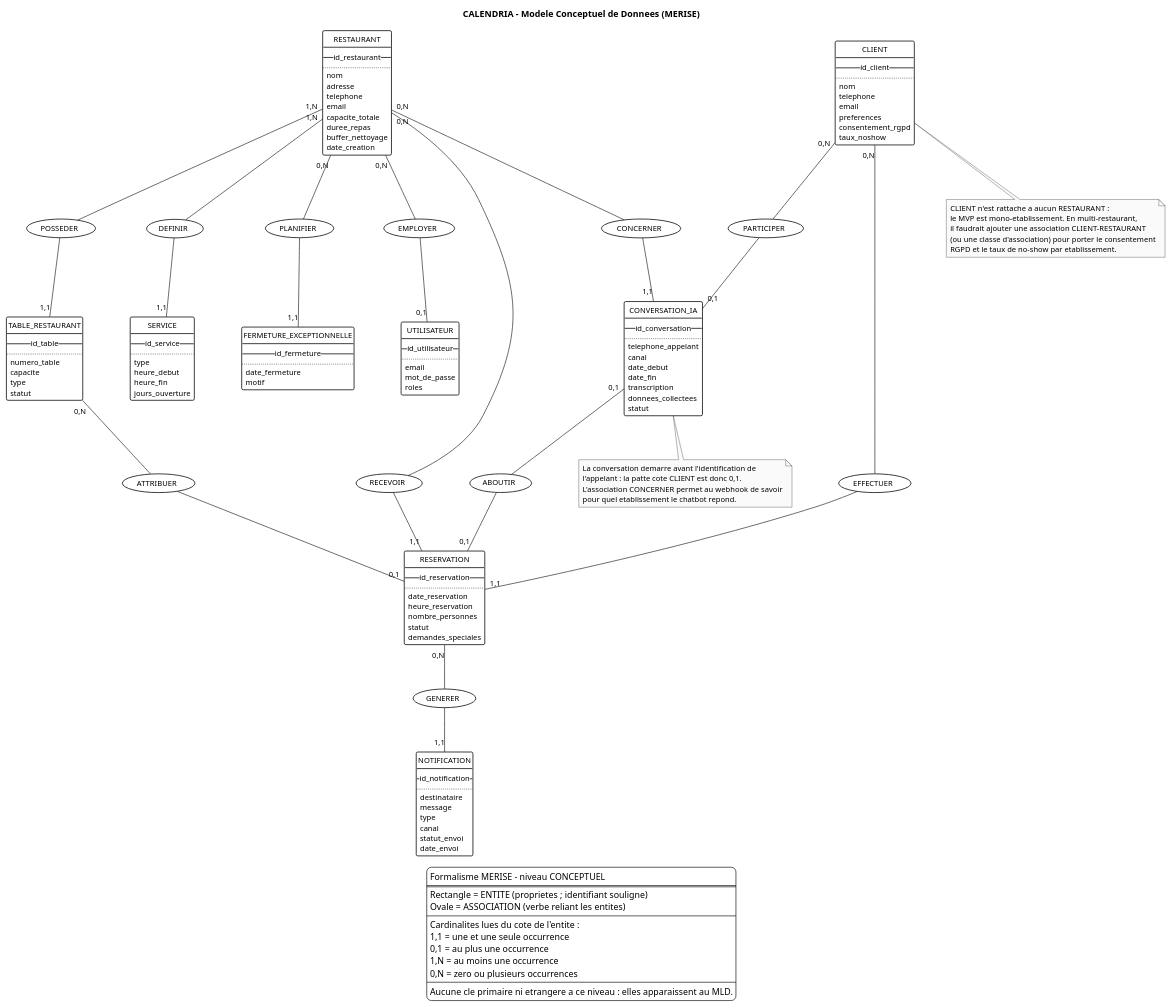
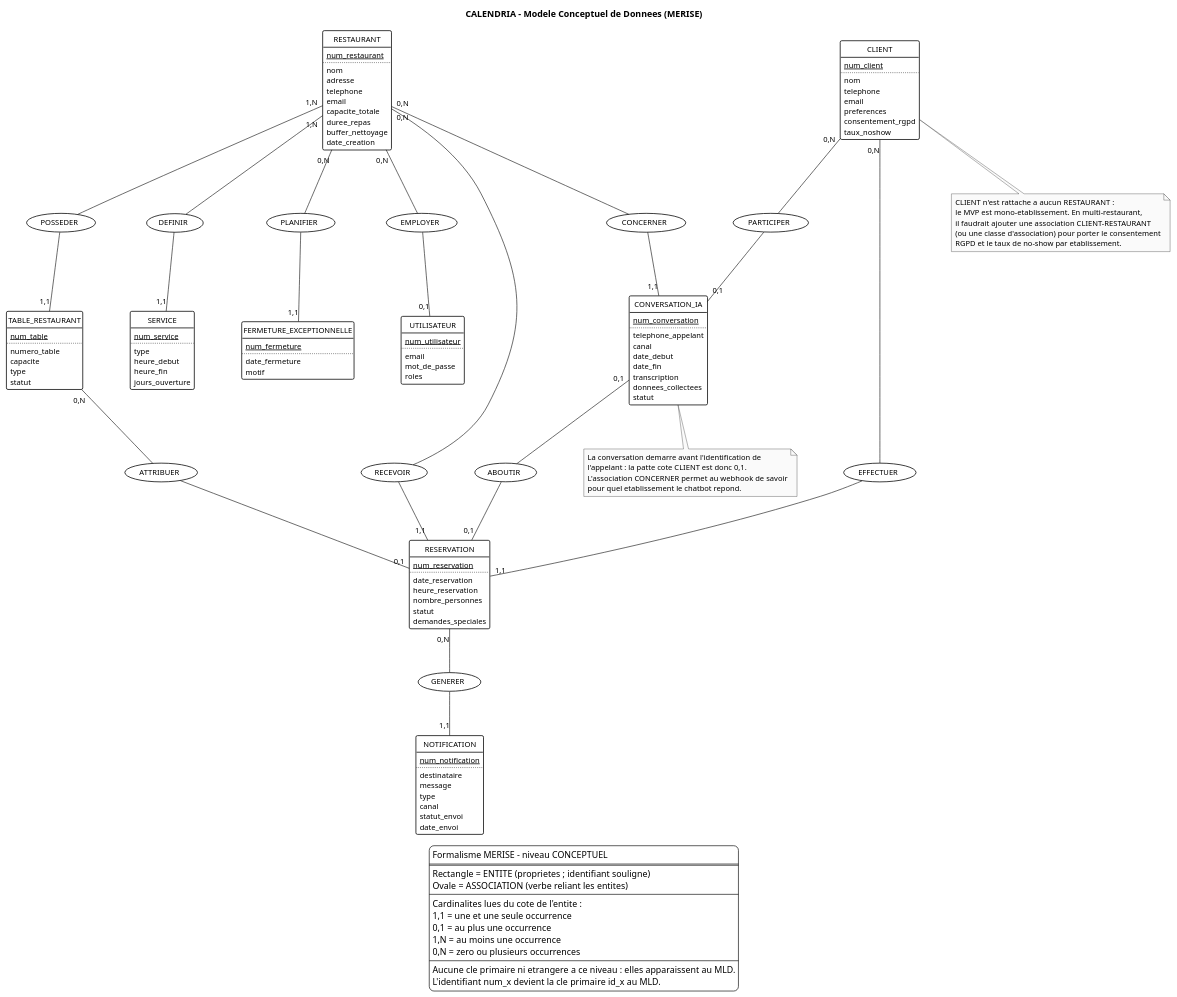
One commit to SafiBougherara/projet_fin_annee changed the diagram in documentation/Jalon3/MCD.puml. Above: the diagram before and after it, drawn with PlantUML. The commit also changed 4 other files, not shown here.

```diff
--- a/documentation/Jalon3/MCD.puml
+++ b/documentation/Jalon3/MCD.puml
@@ -5,7 +5,7 @@
 '
 '  Regles respectees a ce niveau :
 '   - on parle d'ENTITES et de PROPRIETES, jamais de tables ni de colonnes
-'   - l'identifiant est souligne ; aucune cle primaire ni cle etrangere
+'   - l'identifiant est un numero metier souligne (num_...) ; aucune cle primaire ni cle etrangere
 '     n'apparait : les cles sont introduites au niveau LOGIQUE (MLD)
 '   - les associations sont representees par des OVALES portant un verbe
 '   - les cardinalites (min,max) sont portees par chaque patte,
@@ -45,7 +45,7 @@
 ' ─────────────────────────────────────────────
 
 entity RESTAURANT {
-  __id_restaurant__
+  <u>num_restaurant</u>
   ..
   nom
   adresse
@@ -58,7 +58,7 @@
 }
 
 entity UTILISATEUR {
-  __id_utilisateur__
+  <u>num_utilisateur</u>
   ..
   email
   mot_de_passe
@@ -66,7 +66,7 @@
 }
 
 entity TABLE_RESTAURANT {
-  __id_table__
+  <u>num_table</u>
   ..
   numero_table
   capacite
@@ -75,7 +75,7 @@
 }
 
 entity SERVICE {
-  __id_service__
+  <u>num_service</u>
   ..
   type
   heure_debut
@@ -84,14 +84,14 @@
 }
 
 entity FERMETURE_EXCEPTIONNELLE {
-  __id_fermeture__
+  <u>num_fermeture</u>
   ..
   date_fermeture
   motif
 }
 
 entity CLIENT {
-  __id_client__
+  <u>num_client</u>
   ..
   nom
   telephone
@@ -102,7 +102,7 @@
 }
 
 entity RESERVATION {
-  __id_reservation__
+  <u>num_reservation</u>
   ..
   date_reservation
   heure_reservation
@@ -112,7 +112,7 @@
 }
 
 entity CONVERSATION_IA {
-  __id_conversation__
+  <u>num_conversation</u>
   ..
   telephone_appelant
   canal
@@ -124,7 +124,7 @@
 }
 
 entity NOTIFICATION {
-  __id_notification__
+  <u>num_notification</u>
   ..
   destinataire
   message
@@ -204,6 +204,7 @@
   0,N = zero ou plusieurs occurrences
   ----
   Aucune cle primaire ni etrangere a ce niveau : elles apparaissent au MLD.
+  L'identifiant num_x devient la cle primaire id_x au MLD.
 endlegend
 
 note bottom of CLIENT
```
